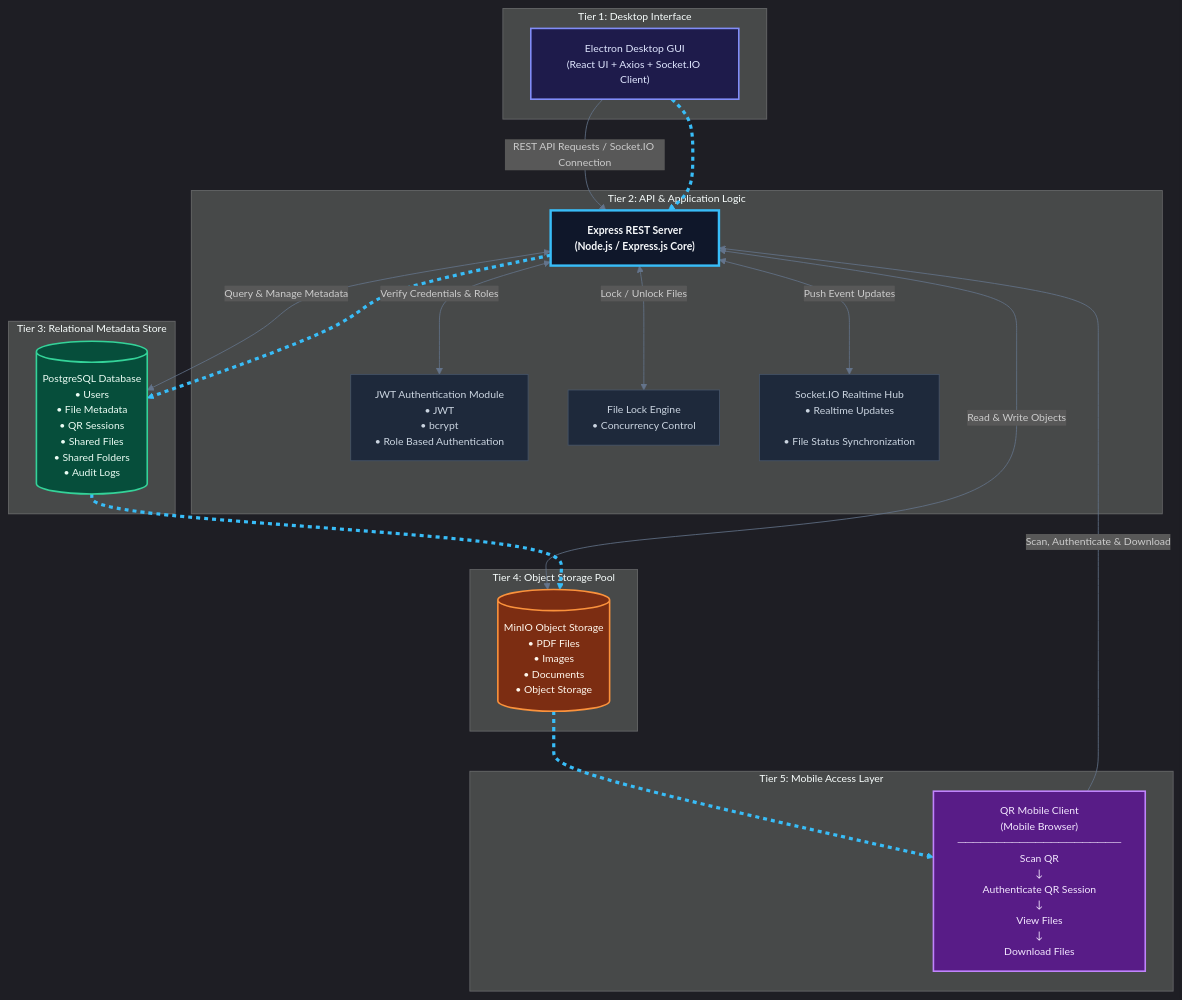
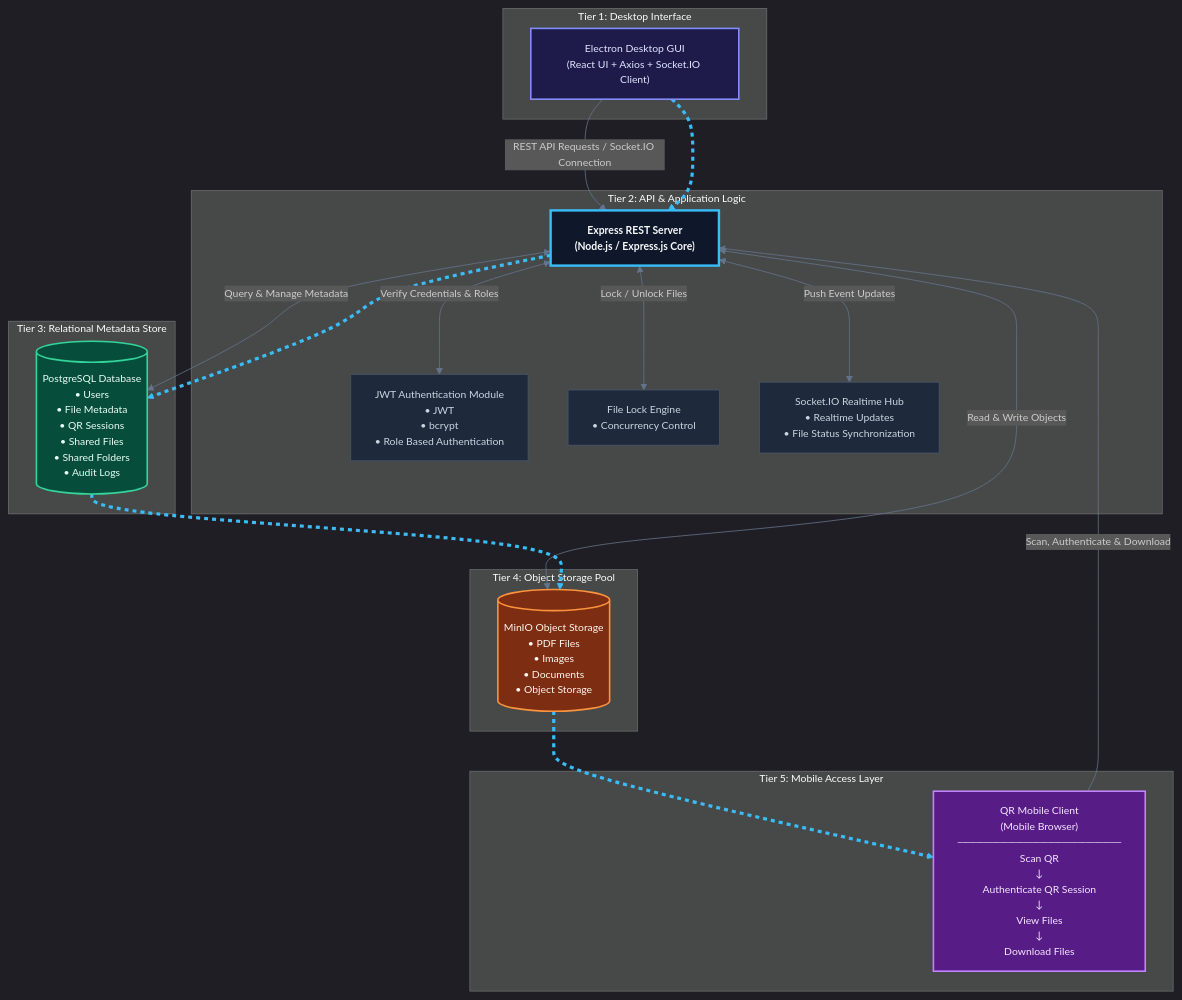
The diagram in README.md (ASujal404/FileServer), drawn with Mermaid before and after one commit.

Commit message:
Fix formatting in SocketHub description in README

```diff
--- a/README.md
+++ b/README.md
@@ -101,7 +101,7 @@
         
         AuthModule["JWT Authentication Module<br/>• JWT<br/>• bcrypt<br/>• Role Based Authentication"]:::serverModule
         LockEngine["File Lock Engine<br/>• Concurrency Control"]:::serverModule
-        SocketHub["Socket.IO Realtime Hub<br/>• Realtime Updates<br/><br/>• File Status Synchronization"]:::serverModule
+        SocketHub["Socket.IO Realtime Hub<br/>• Realtime Updates<br/>• File Status Synchronization"]:::serverModule
     end
 
     %% LAYER 3: PostgreSQL Database (Metadata)
```
